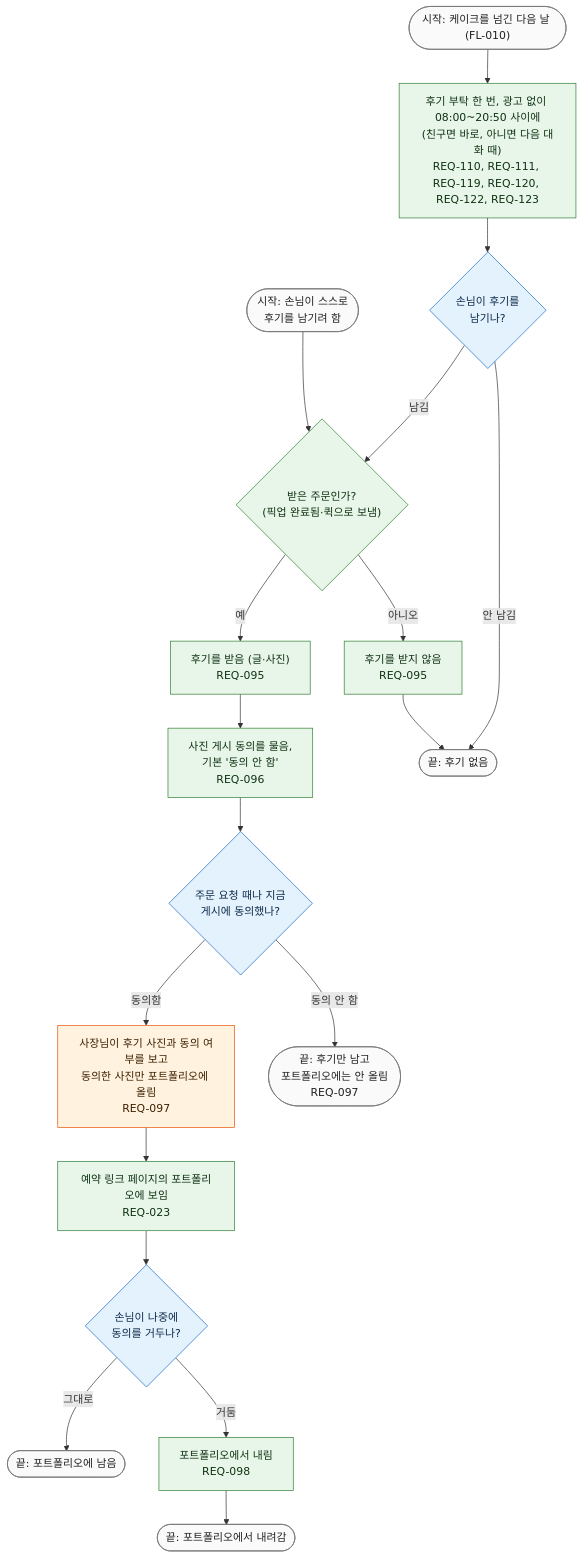
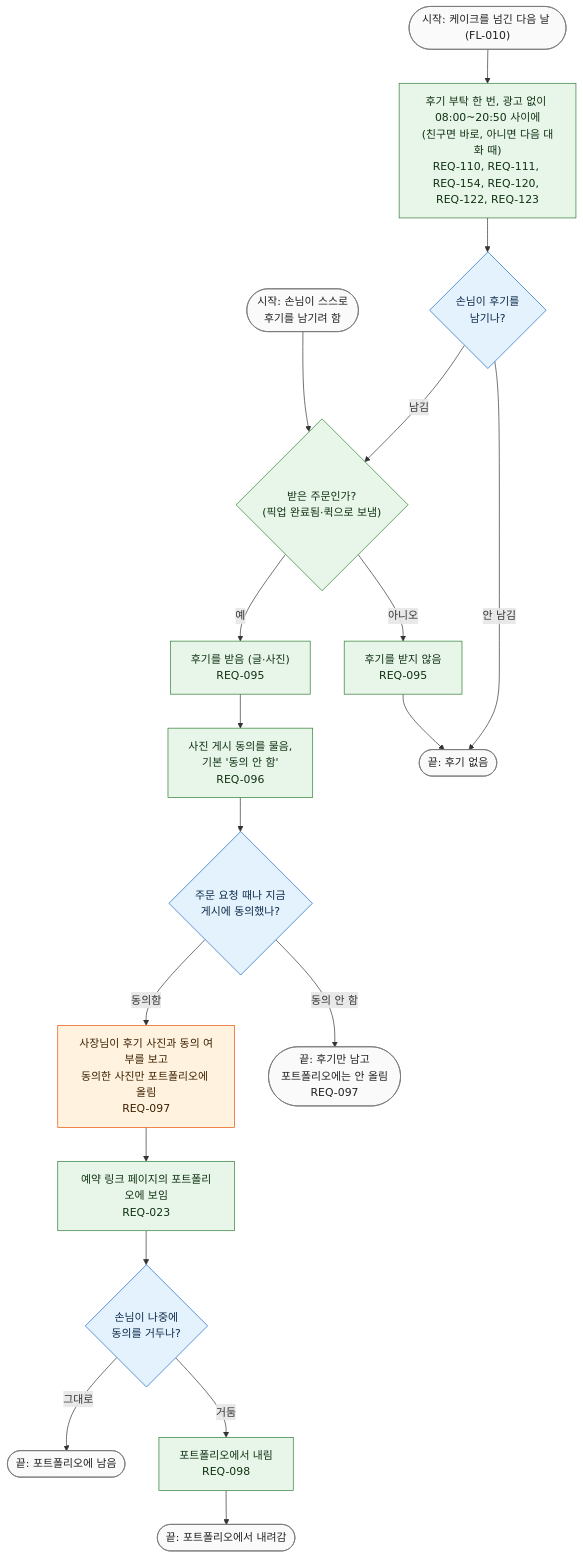
Before and after one commit to kodonghui/siljang.ai: the diagram in docs/03-user-flow/FL-012-review-and-portfolio.md, drawn with Mermaid. The commit also changed other lines of this file and 17 other files, not shown here.

First line of the commit message:
docs(flow): 03단계 확정을 반영하고 요구사항 2판을 더함

````diff
--- a/docs/03-user-flow/FL-012-review-and-portfolio.md
+++ b/docs/03-user-flow/FL-012-review-and-portfolio.md
@@ -18,40 +18,40 @@
 ```mermaid
 flowchart TD
   S1(["시작: 케이크를 넘긴 다음 날 (FL-010)"])
   S2(["시작: 손님이 스스로<br/>후기를 남기려 함"])
-  V1["후기 부탁 한 번, 광고 없이 08:00~20:50 사이에<br/>(친구면 바로, 아니면 다음 대화 때)<br/>REQ-110, REQ-111, REQ-119, REQ-120, REQ-122, REQ-123"]
+  V1["후기 부탁 한 번, 광고 없이 08:00~20:50 사이에<br/>(친구면 바로, 아니면 다음 대화 때)<br/>REQ-110, REQ-111, REQ-154, REQ-120, REQ-122, REQ-123"]
   D1{"손님이 후기를<br/>남기나?"}
   E0(["끝: 후기 없음"])
   D2{"받은 주문인가?<br/>(픽업 완료됨·퀵으로 보냄)"}
   V2["후기를 받지 않음<br/>REQ-095"]
   V3["후기를 받음 (글·사진)<br/>REQ-095"]
   V4["사진 게시 동의를 물음,<br/>기본 '동의 안 함'<br/>REQ-096"]
   D3{"주문 요청 때나 지금<br/>게시에 동의했나?"}
   E1(["끝: 후기만 남고<br/>포트폴리오에는 안 올림<br/>REQ-097"])
   V5["사장님이 후기 사진과 동의 여부를 보고<br/>동의한 사진만 포트폴리오에 올림<br/>REQ-097"]
   V6["예약 링크 페이지의 포트폴리오에 보임<br/>REQ-023"]
   D4{"손님이 나중에<br/>동의를 거두나?"}
   V7["포트폴리오에서 내림<br/>REQ-098"]
   E2(["끝: 포트폴리오에서 내려감"])
   E3(["끝: 포트폴리오에 남음"])
 
   S1 --> V1 --> D1
   S2 --> D2
   D1 -->|"안 남김"| E0
   D1 -->|"남김"| D2
   D2 -->|"아니오"| V2 --> E0
   D2 -->|"예"| V3 --> V4 --> D3
   D3 -->|"동의 안 함"| E1
   D3 -->|"동의함"| V5 --> V6 --> D4
   D4 -->|"거둠"| V7 --> E2
   D4 -->|"그대로"| E3
 
   classDef cust fill:#e3f2fd,stroke:#1565c0,color:#0d2a4a
   classDef owner fill:#fff3e0,stroke:#e65100,color:#3e2000
   classDef svc fill:#e8f5e9,stroke:#2e7d32,color:#0f3313
   classDef term fill:#fafafa,stroke:#757575,color:#212121
   class D1,D3,D4 cust
   class V5 owner
   class V1,D2,V2,V3,V4,V6,V7 svc
   class S1,S2,E0,E1,E2,E3 term
 ```
````
